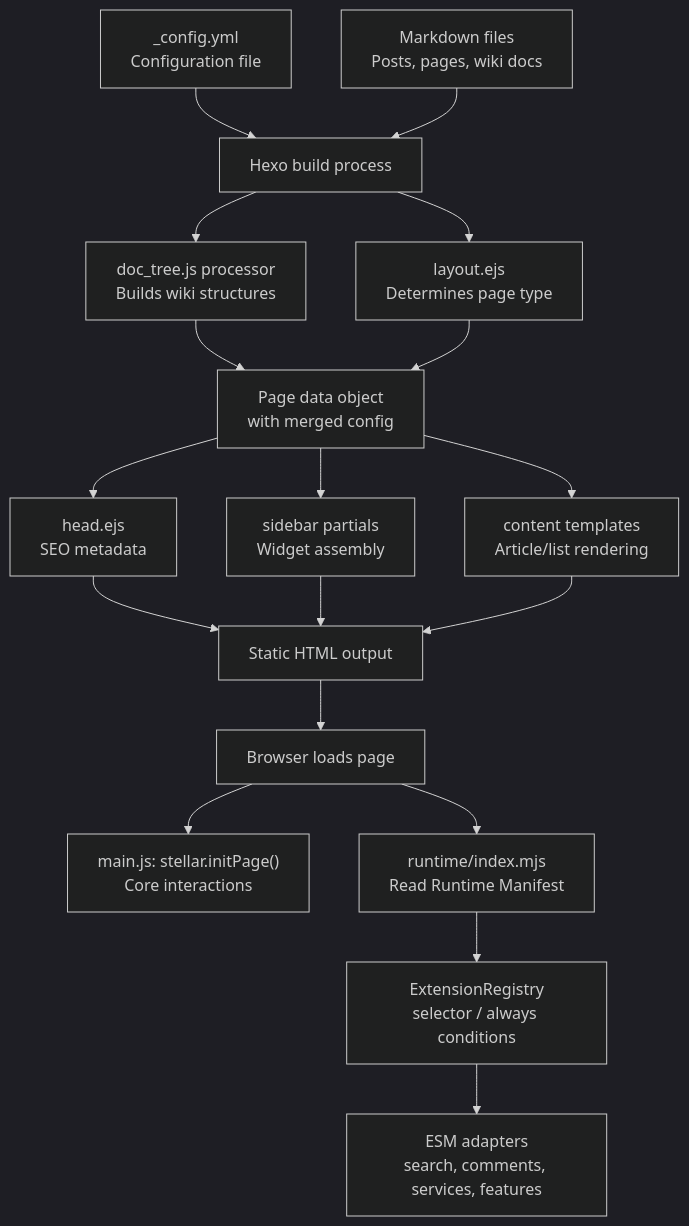
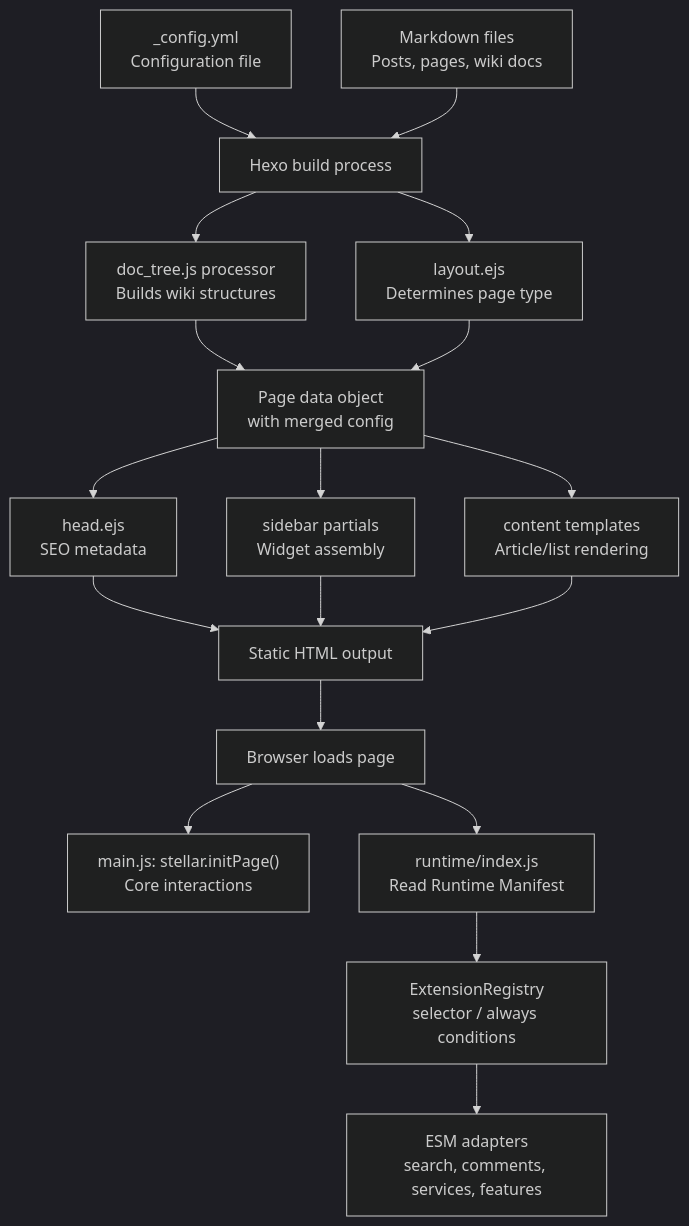
The fifth of 5 diagrams in docs/knowledge/00-总览与安装配置/overview.md (xaoxuu/hexo-theme-stellar), drawn with Mermaid (dark theme) before and after one commit. The commit also changed other lines of this file and 43 other files, not shown here.

````diff
--- a/docs/knowledge/00-总览与安装配置/overview.md
+++ b/docs/knowledge/00-总览与安装配置/overview.md
@@ -292,29 +292,29 @@
 ```mermaid
 flowchart TD
     CONFIG["_config.yml<br/>Configuration file"]
     MARKDOWN["Markdown files<br/>Posts, pages, wiki docs"]
     
     CONFIG --> HEXO["Hexo build process"]
     MARKDOWN --> HEXO
     
     HEXO --> DOCTREE["doc_tree.js processor<br/>Builds wiki structures"]
     HEXO --> LAYOUTEJS["layout.ejs<br/>Determines page type"]
     
     DOCTREE --> PAGEDATA["Page data object<br/>with merged config"]
     LAYOUTEJS --> PAGEDATA
     
     PAGEDATA --> HEADEJS["head.ejs<br/>SEO metadata"]
     PAGEDATA --> SIDEBAREJS["sidebar partials<br/>Widget assembly"]
     PAGEDATA --> CONTENTEJS["content templates<br/>Article/list rendering"]
     
     HEADEJS --> STATICHTML["Static HTML output"]
     SIDEBAREJS --> STATICHTML
     CONTENTEJS --> STATICHTML
     
     STATICHTML --> BROWSER["Browser loads page"]
     
     BROWSER --> MAINJS["main.js: stellar.initPage()<br/>Core interactions"]
-    BROWSER --> RUNTIME["runtime/index.mjs<br/>Read Runtime Manifest"]
+    BROWSER --> RUNTIME["runtime/index.js<br/>Read Runtime Manifest"]
     RUNTIME --> REGISTRY["ExtensionRegistry<br/>selector / always conditions"]
     REGISTRY --> ADAPTERS["ESM adapters<br/>search, comments, services, features"]
 ```
````
